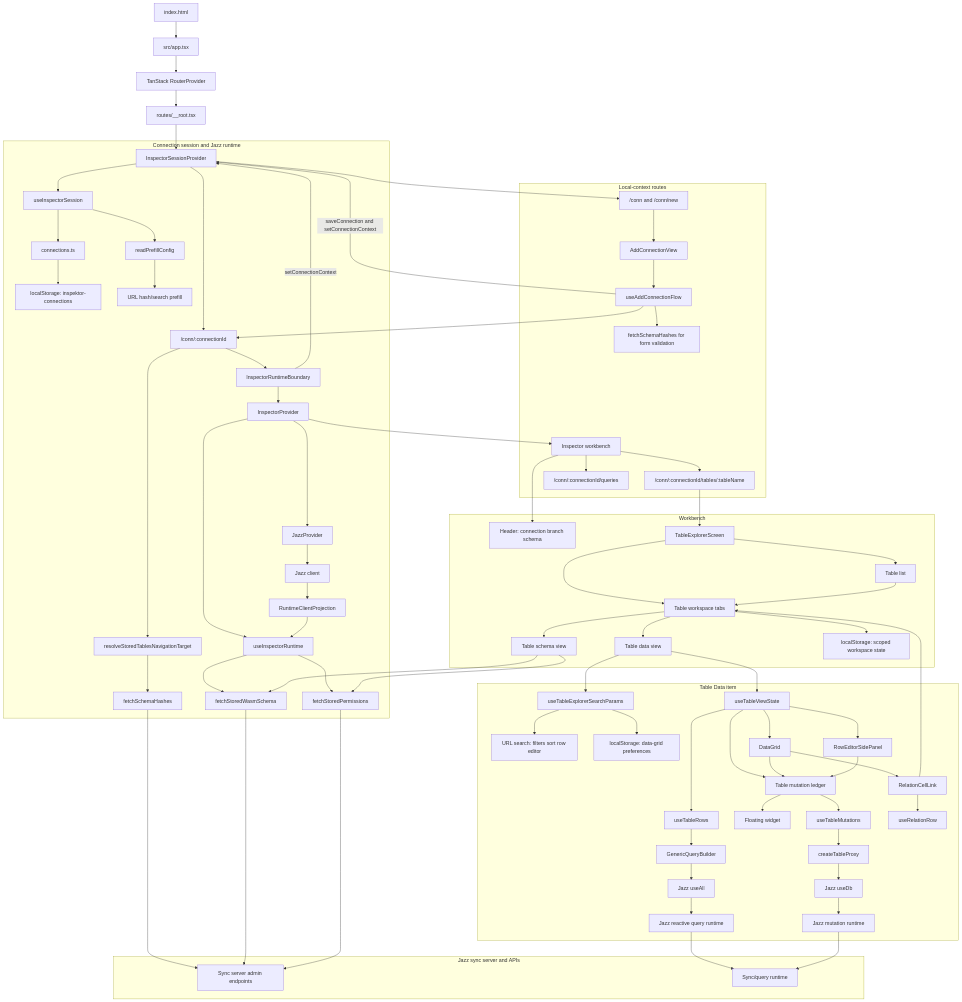
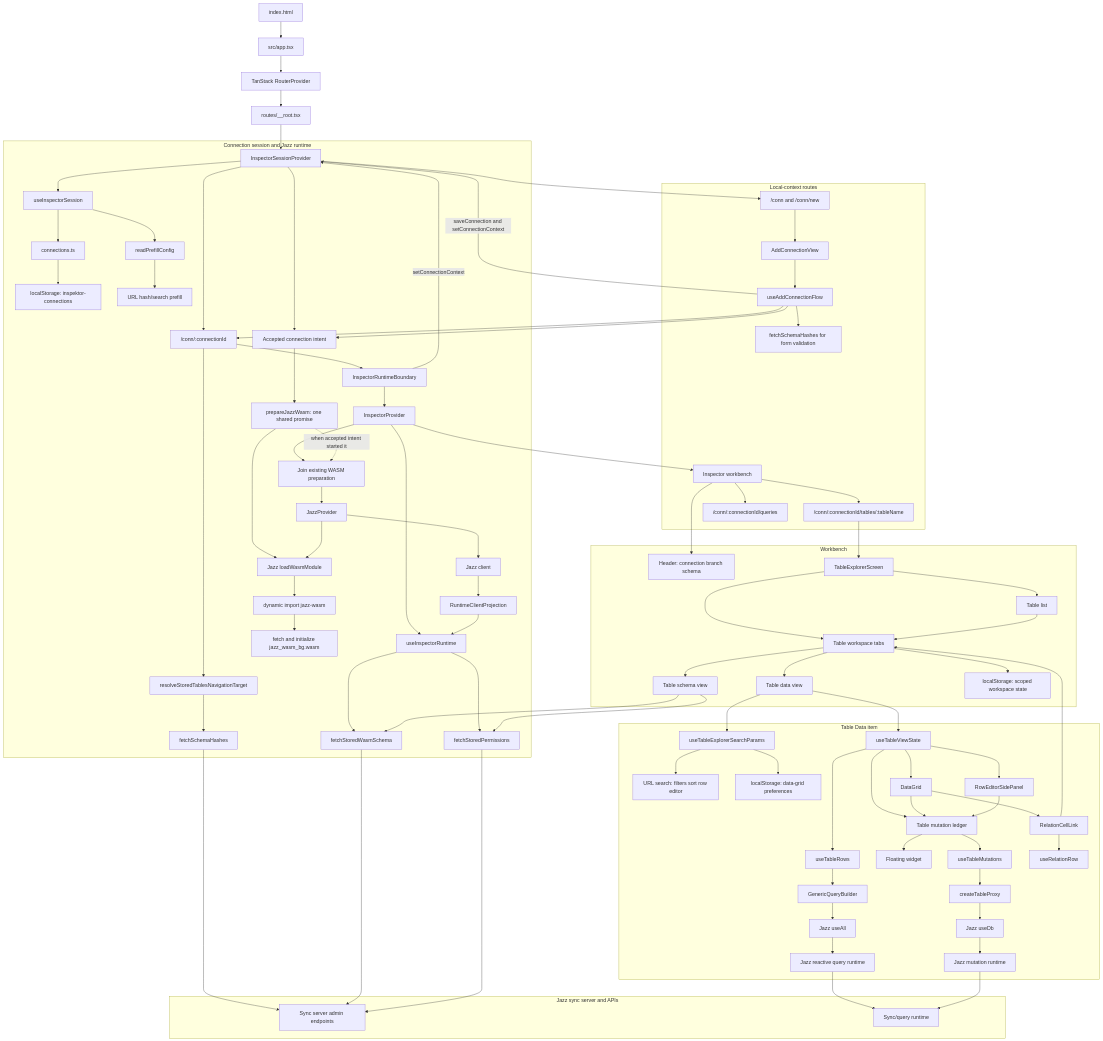
Before and after one commit to cleminso/inspektor: the diagram in docs/design-document.md, drawn with Mermaid. The commit also changed other lines of this file and 16 other files, not shown here.

First line of the commit message:
feat: prepare Jazz WASM earlier for accepted connection intents and defer CodeMirror loading

```diff
--- a/docs/design-document.md
+++ b/docs/design-document.md
@@ -100,6 +105,9 @@
       Prefill --> UrlHash["URL hash/search prefill"]
 
       SessionProvider --> ConnectionRoute["/conn/:connectionId"]
+      SessionProvider --> AcceptedIntent["Accepted connection intent"]
+      AcceptedIntent --> WasmPreparation["prepareJazzWasm: one shared promise"]
+      WasmPreparation --> WasmLoader["Jazz loadWasmModule"]
       ConnectionRoute --> TargetResolver["resolveStoredTablesNavigationTarget"]
       TargetResolver --> SchemaHashes["fetchSchemaHashes"]
       ConnectionRoute --> RuntimeBoundary["InspectorRuntimeBoundary"]
@@ -108,7 +116,12 @@
       InspectorProvider --> Runtime["useInspectorRuntime"]
       Runtime --> StoredSchema["fetchStoredWasmSchema"]
       Runtime --> StoredPermissions["fetchStoredPermissions"]
-      InspectorProvider --> JazzProvider["JazzProvider"]
+      InspectorProvider --> WasmGate["Join existing WASM preparation"]
+      WasmPreparation -.->|when accepted intent started it| WasmGate
+      WasmGate --> JazzProvider["JazzProvider"]
+      JazzProvider --> WasmLoader
+      WasmLoader --> JazzGlue["dynamic import jazz-wasm"]
+      JazzGlue --> WasmAsset["fetch and initialize jazz_wasm_bg.wasm"]
       JazzProvider --> Client["Jazz client"]
       Client --> RuntimeProjection["RuntimeClientProjection"]
       RuntimeProjection --> Runtime
@@ -122,6 +135,7 @@
       AddConnection --> AddConnectionFlow["useAddConnectionFlow"]
       AddConnectionFlow --> FormSchemaDiscovery["fetchSchemaHashes for form validation"]
       AddConnectionFlow -->|saveConnection and setConnectionContext| SessionProvider
+      AddConnectionFlow --> AcceptedIntent
       AddConnectionFlow --> ConnectionRoute
 
       Workbench --> TablesRoute["/conn/:connectionId/tables/:tableName"]
```
